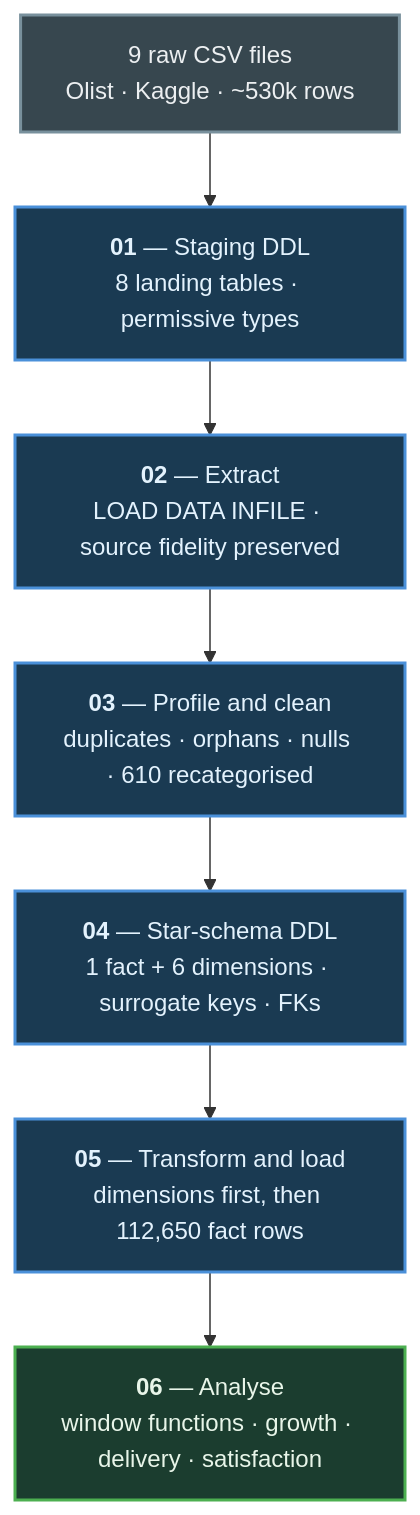
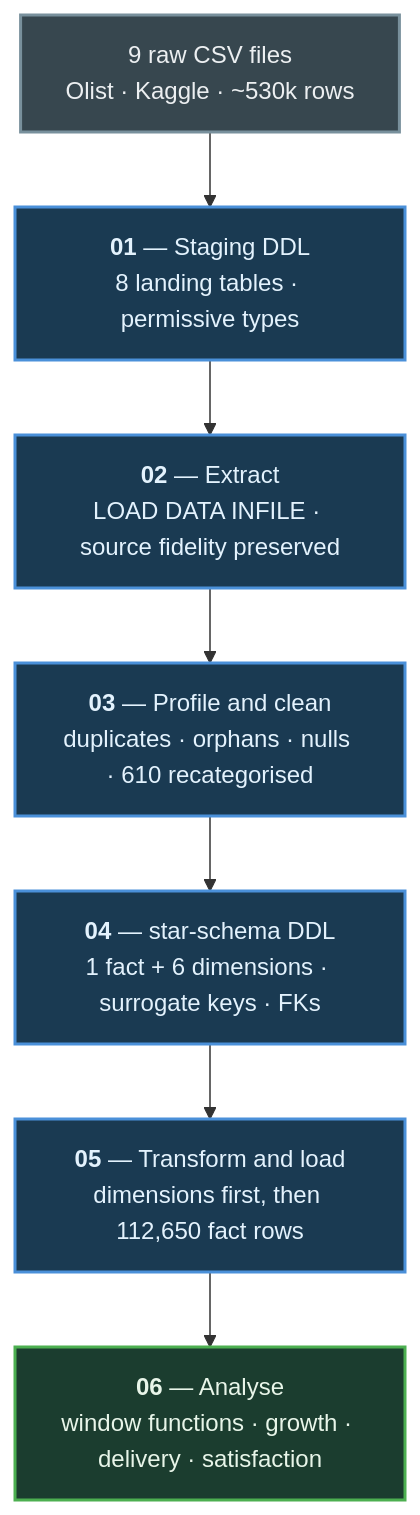
The first of 4 diagrams in README.md (shakilasafaei/ecommerce-datawarehouse), drawn with Mermaid before and after one commit. The commit also changed other lines of this file, not shown here.

````diff
--- a/README.md
+++ b/README.md
@@ -12,21 +12,21 @@
 ```mermaid
 flowchart TD
     A["9 raw CSV files<br/>Olist · Kaggle · ~530k rows"]
 
     B["<b>01</b> — Staging DDL<br/>8 landing tables · permissive types"]
     C["<b>02</b> — Extract<br/>LOAD DATA INFILE · source fidelity preserved"]
     D["<b>03</b> — Profile and clean<br/>duplicates · orphans · nulls · 610 recategorised"]
-    E["<b>04</b> — Star-schema DDL<br/>1 fact + 6 dimensions · surrogate keys · FKs"]
+    E["<b>04</b> — star-schema DDL<br/>1 fact + 6 dimensions · surrogate keys · FKs"]
     F["<b>05</b> — Transform and load<br/>dimensions first, then 112,650 fact rows"]
     G["<b>06</b> — Analyse<br/>window functions · growth · delivery · satisfaction"]
 
     A --> B --> C --> D --> E --> F --> G
 
     classDef source fill:#37474f,stroke:#78909c,stroke-width:2px,color:#eceff1
     classDef stage  fill:#1a3a52,stroke:#4a90d9,stroke-width:2px,color:#e3f2fd
     classDef result fill:#1b3d2f,stroke:#4caf50,stroke-width:2px,color:#e8f5e9
 
     class A source
     class B,C,D,E,F stage
     class G result
 ```
````
